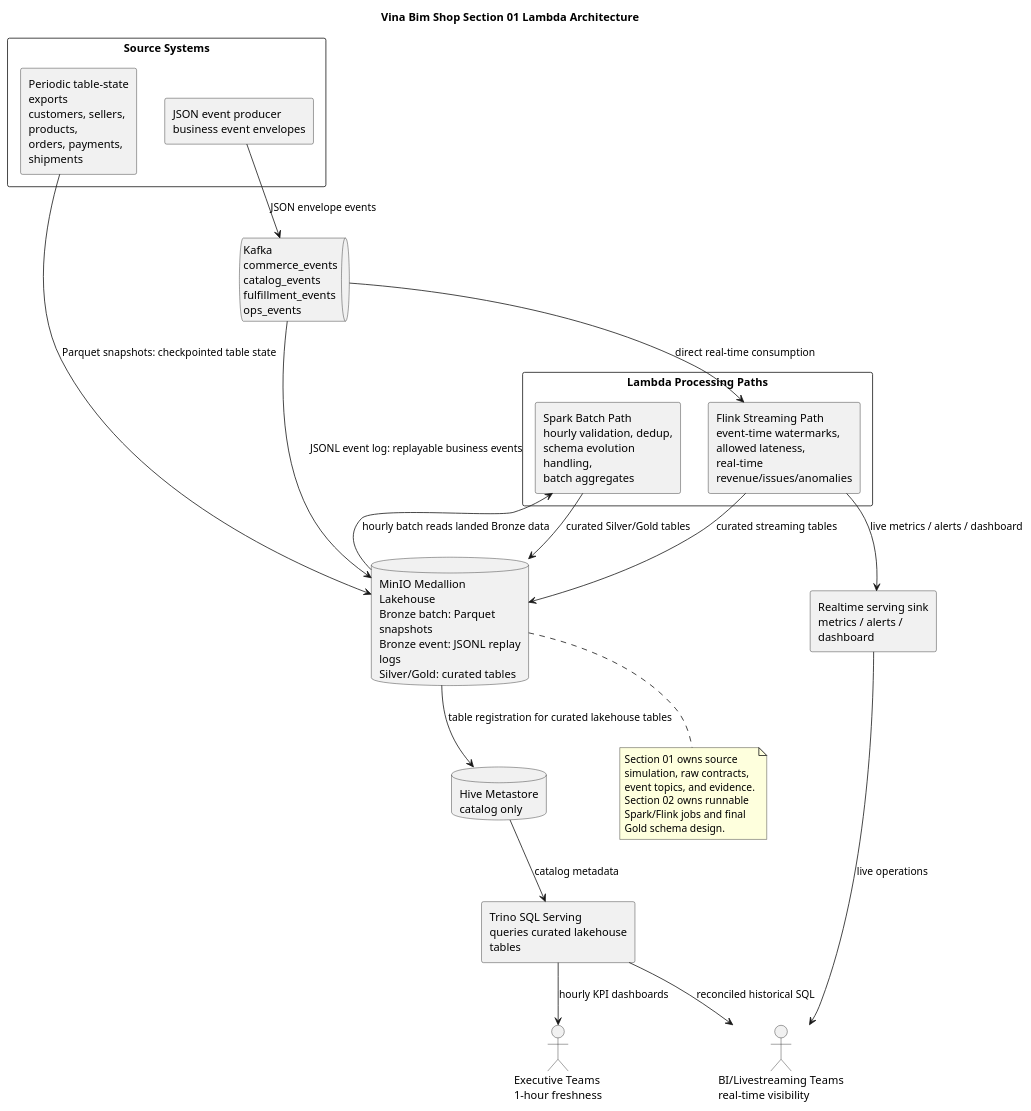
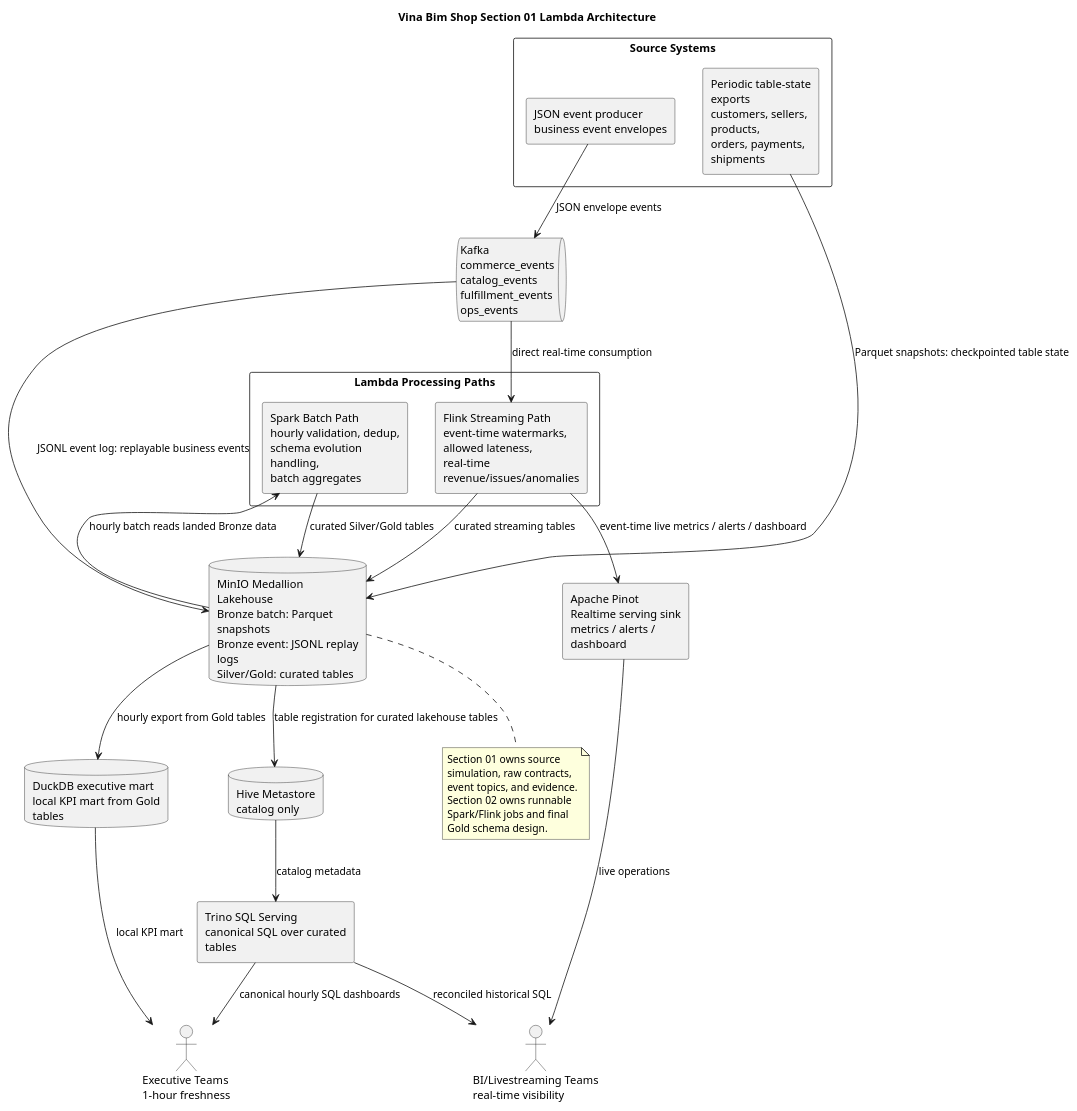
One commit to hhoangdo/ecom-data-platform changed the diagram in architecture/diagrams/lambda_architecture.puml. Above: the diagram before and after it, drawn with PlantUML. The commit also changed 8 other files, not shown here.

```diff
--- a/architecture/diagrams/lambda_architecture.puml
+++ b/architecture/diagrams/lambda_architecture.puml
@@ -1,47 +1,50 @@
 @startuml
 title Vina Bim Shop Section 01 Lambda Architecture
 
 skinparam componentStyle rectangle
 skinparam shadowing false
 skinparam wrapWidth 180
 
 actor "Executive Teams\n1-hour freshness" as Executive
 actor "BI/Livestreaming Teams\nreal-time visibility" as BI
 
 rectangle "Source Systems" as Sources {
   component "Periodic table-state exports\ncustomers, sellers, products,\norders, payments, shipments" as Offline
   component "JSON event producer\nbusiness event envelopes" as Producer
 }
 
 queue "Kafka\ncommerce_events\ncatalog_events\nfulfillment_events\nops_events" as Kafka
 
 rectangle "Lambda Processing Paths" as Lambda {
   component "Spark Batch Path\nhourly validation, dedup,\nschema evolution handling,\nbatch aggregates" as Spark
   component "Flink Streaming Path\nevent-time watermarks,\nallowed lateness,\nreal-time revenue/issues/anomalies" as Flink
 }
 
 database "MinIO Medallion Lakehouse\nBronze batch: Parquet snapshots\nBronze event: JSONL replay logs\nSilver/Gold: curated tables" as MinIO
 database "Hive Metastore\ncatalog only" as Hive
-component "Trino SQL Serving\nqueries curated lakehouse tables" as Trino
-component "Realtime serving sink\nmetrics / alerts / dashboard" as Realtime
+component "Trino SQL Serving\ncanonical SQL over curated tables" as Trino
+component "Apache Pinot\nRealtime serving sink\nmetrics / alerts / dashboard" as Realtime
+database "DuckDB executive mart\nlocal KPI mart from Gold tables" as DuckDB
 
 Offline --> MinIO : Parquet snapshots: checkpointed table state
 Producer --> Kafka : JSON envelope events
 Kafka --> Flink : direct real-time consumption
 Kafka --> MinIO : JSONL event log: replayable business events
 MinIO --> Spark : hourly batch reads landed Bronze data
 Spark --> MinIO : curated Silver/Gold tables
-Flink --> Realtime : live metrics / alerts / dashboard
+Flink --> Realtime : event-time live metrics / alerts / dashboard
 Realtime --> BI : live operations
 Flink --> MinIO : curated streaming tables
 MinIO --> Hive : table registration for curated lakehouse tables
 Hive --> Trino : catalog metadata
-Trino --> Executive : hourly KPI dashboards
+Trino --> Executive : canonical hourly SQL dashboards
+MinIO --> DuckDB : hourly export from Gold tables
+DuckDB --> Executive : local KPI mart
 Trino --> BI : reconciled historical SQL
 
 note bottom of MinIO
 Section 01 owns source simulation, raw contracts, event topics, and evidence.
 Section 02 owns runnable Spark/Flink jobs and final Gold schema design.
 end note
 
 @enduml
```
